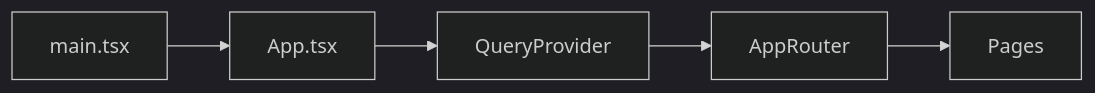
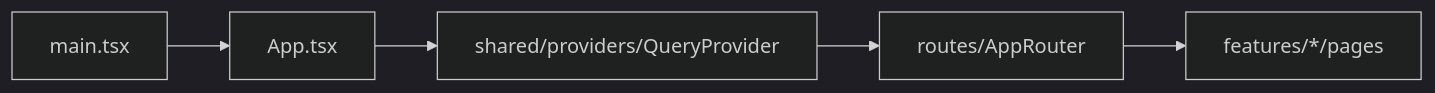
Before and after one commit to wwwbrunagon/movie_recommendation: the second of 4 diagrams in frontend/docs/architecture.md, drawn with Mermaid (dark theme). The commit also changed other lines of this file and 1 other file, not shown here.

Commit message:
docs(frontend): document feature-based architecture

````diff
--- a/frontend/docs/architecture.md
+++ b/frontend/docs/architecture.md
@@ -86,7 +82,7 @@
 ```mermaid
 flowchart LR
     Main[main.tsx] --> App[App.tsx]
-    App --> QueryProvider[QueryProvider]
-    QueryProvider --> Router[AppRouter]
-    Router --> Pages[Pages]
+    App --> QueryProvider[shared/providers/QueryProvider]
+    QueryProvider --> Router[routes/AppRouter]
+    Router --> FeaturePages[features/*/pages]
 ```
````
